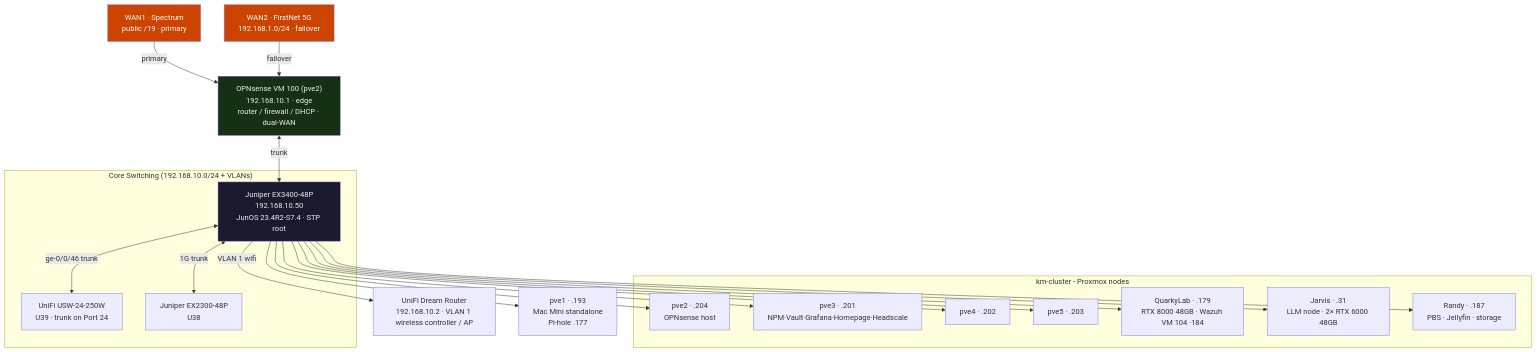
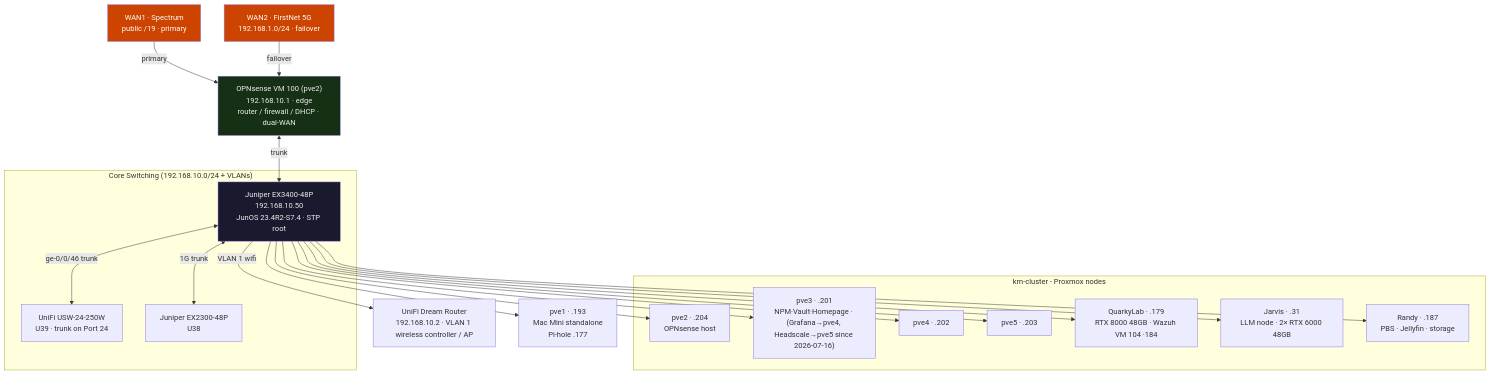
One commit to machismo0311/Home-Lab changed the diagram in README.md. Above: the diagram before and after it, drawn with Mermaid. The commit also changed other lines of this file and 3 other files, not shown here.

First line of the commit message:
docs(D-01,D-02): propagate 2026-07-16 relocations (Grafana->pve4, Headscale->pve5)

````diff
--- a/README.md
+++ b/README.md
@@ -90,37 +90,37 @@
 ```mermaid
 flowchart TB
     WAN1["WAN1 · Spectrum<br/>public /19 · primary"] -->|primary| OPN
     WAN2["WAN2 · FirstNet 5G<br/>192.168.1.0/24 · failover"] -->|failover| OPN
     OPN["OPNsense VM 100 (pve2)<br/>192.168.10.1 · edge<br/>router / firewall / DHCP · dual-WAN"]
     OPN <-->|trunk| EX3400
 
     subgraph CORE["Core Switching (192.168.10.0/24 + VLANs)"]
         EX3400["Juniper EX3400-48P<br/>192.168.10.50<br/>JunOS 23.4R2-S7.4 · STP root"]
         USW["UniFi USW-24-250W<br/>U39 · trunk on Port 24"]
         EX2300["Juniper EX2300-48P<br/>U38"]
         EX3400 <-->|ge-0/0/46 trunk| USW
         EX3400 <-->|1G trunk| EX2300
     end
 
     UDR["UniFi Dream Router<br/>192.168.10.2 · VLAN 1 wireless controller / AP"]
     EX3400 -->|VLAN 1 wifi| UDR
 
     subgraph PVE["km-cluster - Proxmox nodes"]
         PVE2["pve2 · .204<br/>OPNsense host"]
-        PVE3["pve3 · .201<br/>NPM·Vault·Grafana·Homepage·Headscale"]
+        PVE3["pve3 · .201<br/>NPM·Vault·Homepage · (Grafana→pve4, Headscale→pve5 since 2026-07-16)"]
         PVE4["pve4 · .202"]
         PVE5["pve5 · .203"]
         QUARK["QuarkyLab · .179<br/>RTX 8000 48GB · Wazuh VM 104 ·184"]
         JARVIS["Jarvis · .31<br/>LLM node · 2× RTX 6000 48GB"]
         RANDY["Randy · .187<br/>PBS · Jellyfin · storage"]
     end
 
     PVE1["pve1 · .193<br/>Mac Mini standalone<br/>Pi-hole .177"]
 
     EX3400 --> PVE2 & PVE3 & PVE4 & PVE5 & QUARK & JARVIS & RANDY & PVE1
 
     style WAN1 fill:#cc4400,color:#fff
     style WAN2 fill:#cc4400,color:#fff
     style OPN fill:#163016,color:#eee
     style EX3400 fill:#1a1a2e,color:#eee
 ```
````
